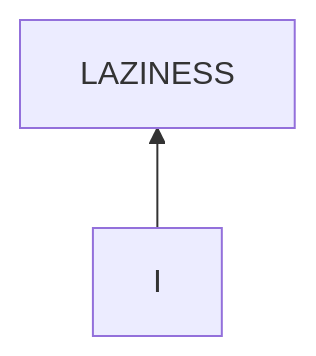
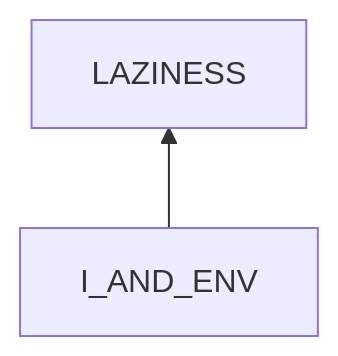
One commit to SuxinL/Notes changed the ninth of 9 diagrams in health/psychology/motivation/reluctance.md. Above: the diagram before and after it, drawn with Mermaid. The commit also changed other lines of this file, not shown here.

````diff
--- a/health/psychology/motivation/reluctance.md
+++ b/health/psychology/motivation/reluctance.md
@@ -212,4 +242,4 @@
 ```mermaid
 flowchart BT
-	I --> LAZINESS 
+	I_AND_ENV --> LAZINESS 
 ```
````
